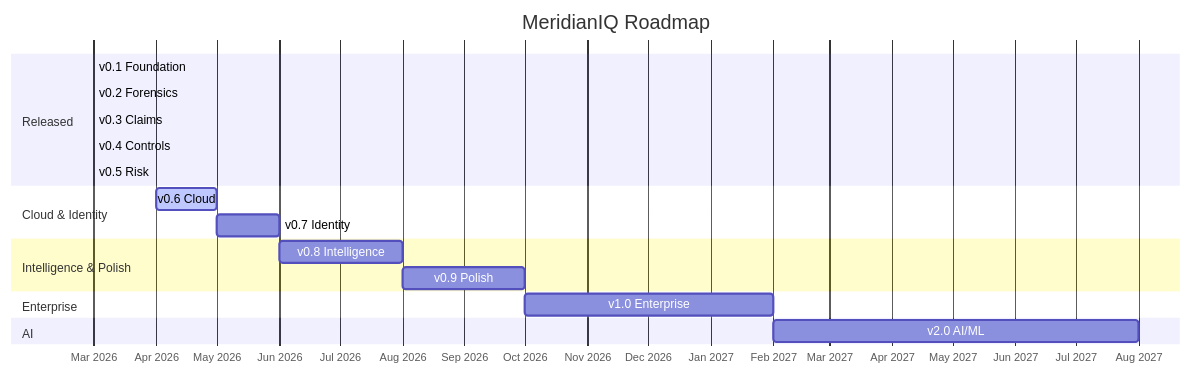
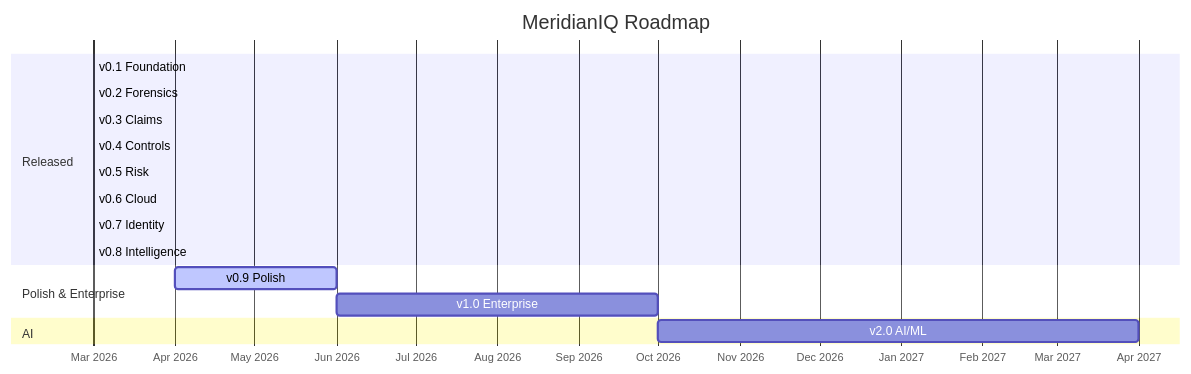
Before and after one commit to VitorMRodovalho/meridianiq: the second of 2 diagrams in docs/v06-planning/ROADMAP_v06_to_v20.md, drawn with Mermaid. The commit also changed other lines of this file and 2 other files, not shown here.

First line of the commit message:
docs: sync README, ROADMAP, BUGS to v0.8.1 state

````diff
--- a/docs/v06-planning/ROADMAP_v06_to_v20.md
+++ b/docs/v06-planning/ROADMAP_v06_to_v20.md
@@ -253,27 +300,23 @@
 ```mermaid
 gantt
     title MeridianIQ Roadmap
     dateFormat YYYY-MM
     axisFormat %b %Y
 
     section Released
     v0.1 Foundation          :done, v01, 2026-03, 2026-03
     v0.2 Forensics           :done, v02, 2026-03, 2026-03
     v0.3 Claims              :done, v03, 2026-03, 2026-03
     v0.4 Controls            :done, v04, 2026-03, 2026-03
     v0.5 Risk                :done, v05, 2026-03, 2026-03
+    v0.6 Cloud               :done, v06, 2026-03, 2026-03
+    v0.7 Identity            :done, v07, 2026-03, 2026-03
+    v0.8 Intelligence        :done, v08, 2026-03, 2026-03
 
-    section Cloud & Identity
-    v0.6 Cloud               :active, v06, 2026-04, 2026-05
-    v0.7 Identity            :v07, 2026-05, 2026-06
-
-    section Intelligence & Polish
-    v0.8 Intelligence        :v08, 2026-06, 2026-08
-    v0.9 Polish              :v09, 2026-08, 2026-10
-
-    section Enterprise
-    v1.0 Enterprise          :v10, 2026-10, 2027-02
+    section Polish & Enterprise
+    v0.9 Polish              :active, v09, 2026-04, 2026-06
+    v1.0 Enterprise          :v10, 2026-06, 2026-10
 
     section AI
-    v2.0 AI/ML               :v20, 2027-02, 2027-08
+    v2.0 AI/ML               :v20, 2026-10, 2027-04
 ```
````
